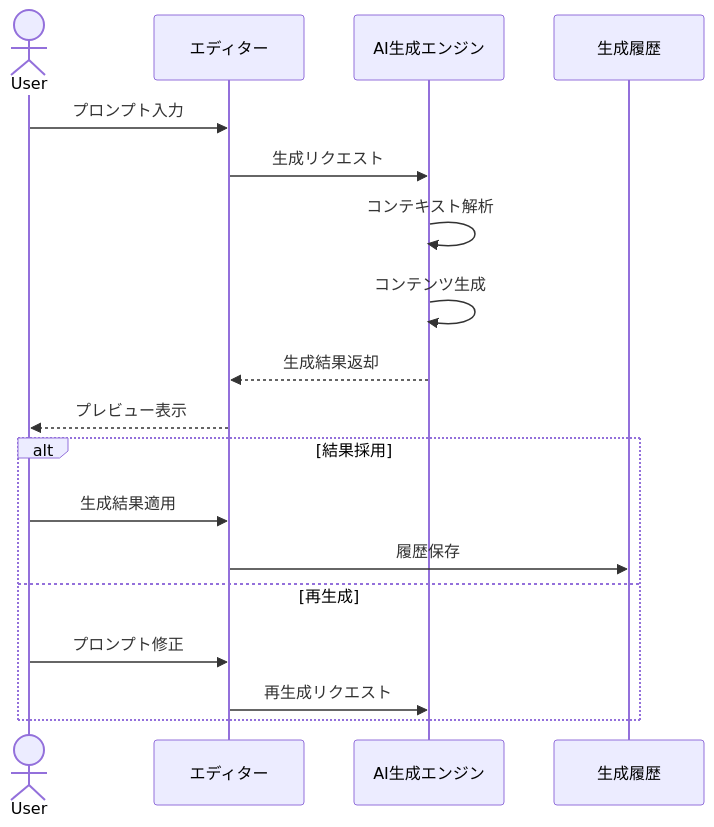
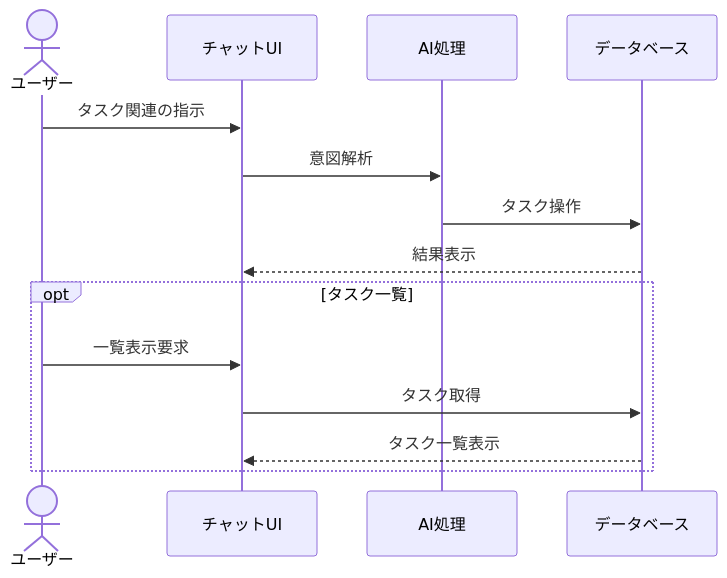
Before and after one commit to yu-Yoshiaki/coo-maeda: the third of 7 diagrams in docs/OPERATION_FLOW.md, drawn with Mermaid. The commit also changed other lines of this file and 34 other files, not shown here.

````diff
--- a/docs/OPERATION_FLOW.md
+++ b/docs/OPERATION_FLOW.md
@@ -58,24 +47,17 @@
 ```mermaid
 sequenceDiagram
-    actor User
-    participant Editor as エディター
-    participant AI as AI生成エンジン
-    participant History as 生成履歴
+    actor User as ユーザー
+    participant Chat as チャットUI
+    participant AI as AI処理
+    participant DB as データベース
 
-    User->>Editor: プロンプト入力
-    Editor->>AI: 生成リクエスト
-
-    AI->>AI: コンテキスト解析
-    AI->>AI: コンテンツ生成
-
-    AI-->>Editor: 生成結果返却
-    Editor-->>User: プレビュー表示
-
-    alt 結果採用
-        User->>Editor: 生成結果適用
-        Editor->>History: 履歴保存
-    else 再生成
-        User->>Editor: プロンプト修正
-        Editor->>AI: 再生成リクエスト
+    User->>Chat: タスク関連の指示
+    Chat->>AI: 意図解析
+    AI->>DB: タスク操作
+    DB-->>Chat: 結果表示
+    opt タスク一覧
+        User->>Chat: 一覧表示要求
+        Chat->>DB: タスク取得
+        DB-->>Chat: タスク一覧表示
     end
 ```
````
